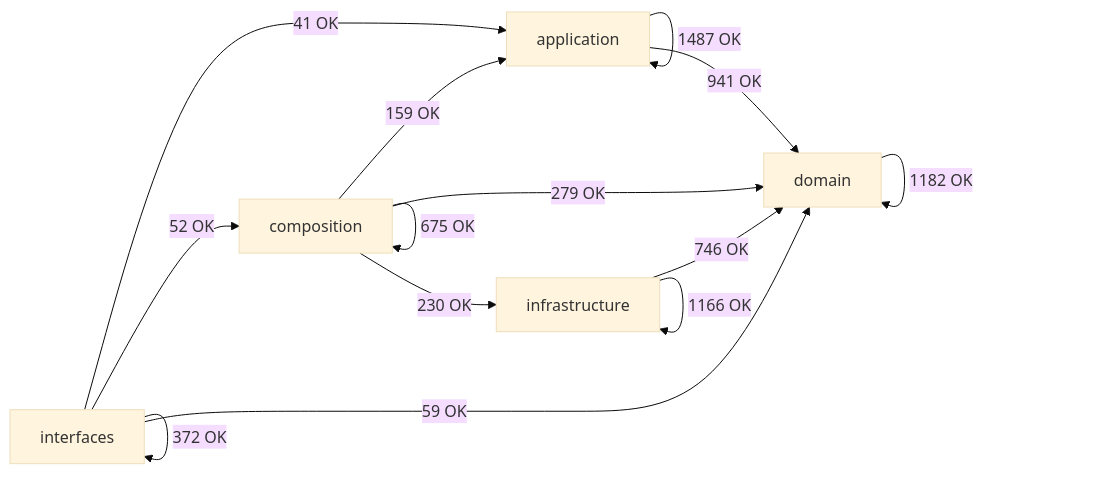
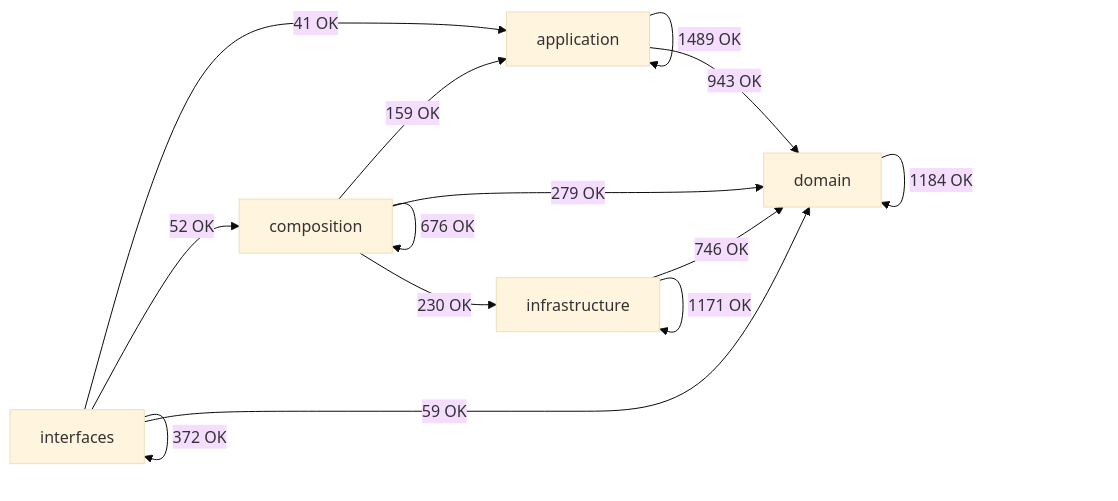
The diagram in docs/02-architecture/generated/module-dependency-map.md (SatoryKono/BioactivityDataAcquisition), drawn with Mermaid (base theme) before and after one commit. The commit also changed other lines of this file and 39 other files, not shown here.

````diff
--- a/docs/02-architecture/generated/module-dependency-map.md
+++ b/docs/02-architecture/generated/module-dependency-map.md
@@ -17,21 +17,21 @@
 ```mermaid
 flowchart LR
     domain[domain]
     application[application]
     infrastructure[infrastructure]
     composition[composition]
     interfaces[interfaces]
-    application -->|1487 OK| application
-    application -->|941 OK| domain
+    application -->|1489 OK| application
+    application -->|943 OK| domain
     composition -->|159 OK| application
-    composition -->|675 OK| composition
+    composition -->|676 OK| composition
     composition -->|279 OK| domain
     composition -->|230 OK| infrastructure
-    domain -->|1182 OK| domain
+    domain -->|1184 OK| domain
     infrastructure -->|746 OK| domain
-    infrastructure -->|1166 OK| infrastructure
+    infrastructure -->|1171 OK| infrastructure
     interfaces -->|41 OK| application
     interfaces -->|52 OK| composition
     interfaces -->|59 OK| domain
     interfaces -->|372 OK| interfaces
 ```
````
